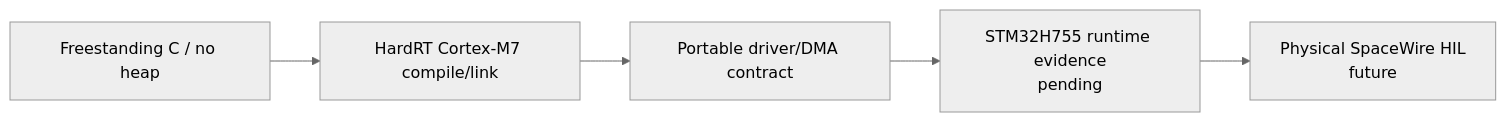
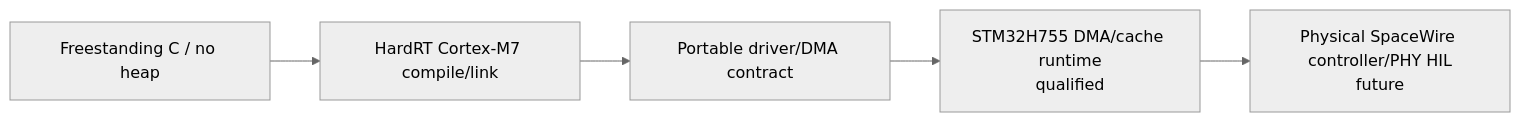
One commit to ExoSpaceLabs/spwkit changed the diagram in docs/portability.md. Above: the diagram before and after it, drawn with Mermaid (neutral theme). The commit also changed other lines of this file, not shown here.

Commit message:
docs(spwkit): update portability evidence status

````diff
--- a/docs/portability.md
+++ b/docs/portability.md
@@ -83,7 +83,7 @@
 ```mermaid
 flowchart LR
     C[Freestanding C / no heap] --> H[HardRT Cortex-M7 compile/link]
     H --> D[Portable driver/DMA contract]
-    D --> STM[STM32H755 runtime evidence<br/>pending]
-    STM --> PHY[Physical SpaceWire HIL<br/>future]
+    D --> STM[STM32H755 DMA/cache runtime<br/>qualified]
+    STM --> PHY[Physical SpaceWire controller/PHY HIL<br/>future]
 ```
````
